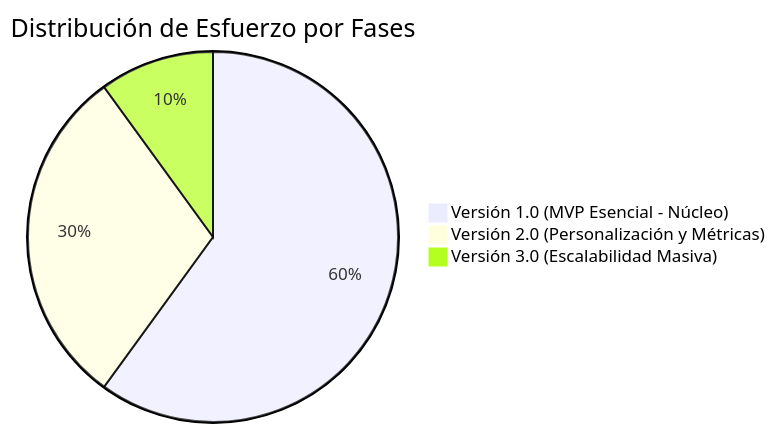
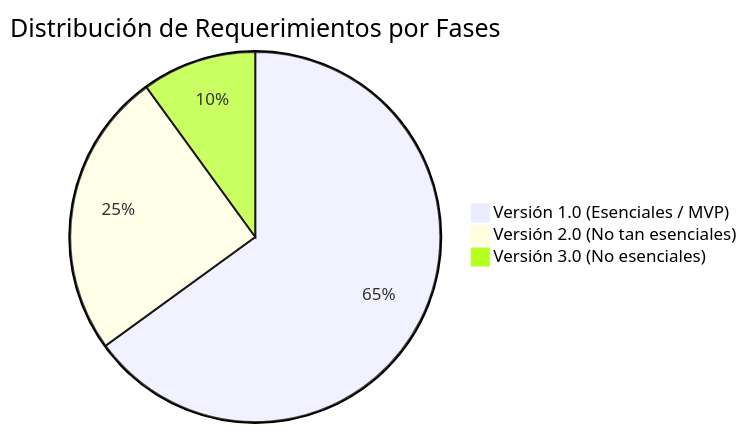
Before and after one commit to Rocks1D1Xebec/ingsof_proyecto: the first of 2 diagrams in Proyecto/informe_requerimientos_asistente_escolar.md, drawn with Mermaid. The commit also changed other lines of this file, not shown here.

````diff
--- a/Proyecto/informe_requerimientos_asistente_escolar.md
+++ b/Proyecto/informe_requerimientos_asistente_escolar.md
@@ -115,6 +113,6 @@
 ```mermaid
-pie title Distribución de Esfuerzo por Fases
-    "Versión 1.0 (MVP Esencial - Núcleo)" : 60
-    "Versión 2.0 (Personalización y Métricas)" : 30
-    "Versión 3.0 (Escalabilidad Masiva)" : 10
+pie title Distribución de Requerimientos por Fases
+    "Versión 1.0 (Esenciales / MVP)" : 65
+    "Versión 2.0 (No tan esenciales)" : 25
+    "Versión 3.0 (No esenciales)" : 10
 ```
````
